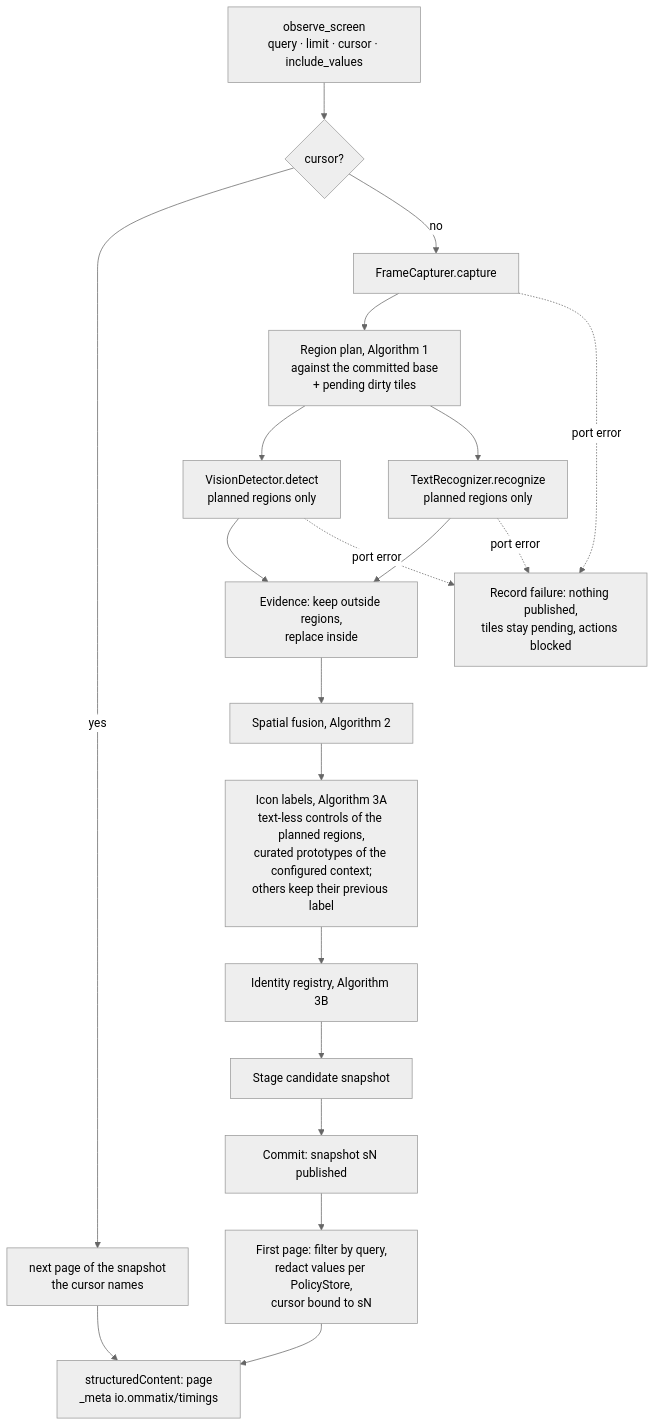
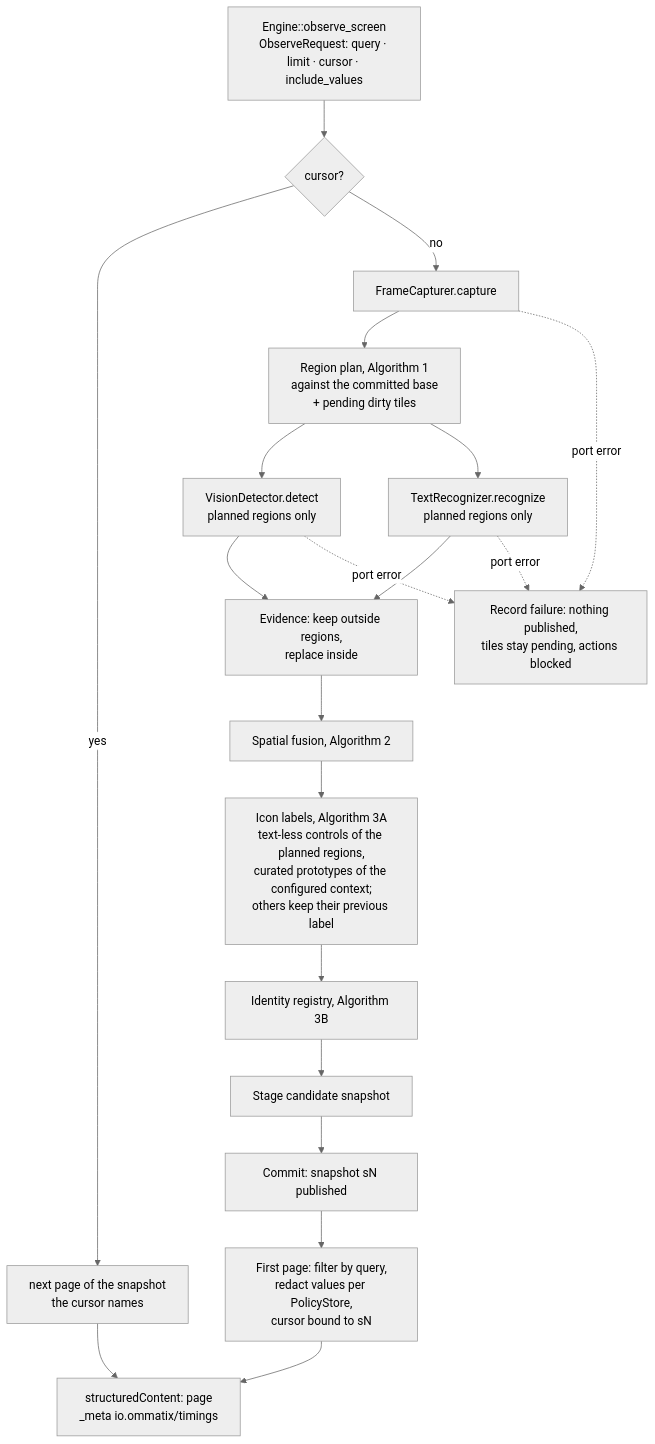
The first of 2 diagrams in docs/diagrams/engine.md (Yosoyepa/Ommatix), drawn with Mermaid (neutral theme) before and after one commit. The commit also changed 7 other files, not shown here.

````diff
--- a/docs/diagrams/engine.md
+++ b/docs/diagrams/engine.md
@@ -17,22 +17,22 @@
 ```mermaid
 flowchart TD
-  REQ[observe_screen<br/>query · limit · cursor · include_values] --> CUR{cursor?}
+  REQ[Engine::observe_screen<br/>ObserveRequest: query · limit · cursor · include_values] --> CUR{cursor?}
   CUR -->|yes| PAGE[next page of the snapshot<br/>the cursor names]
   CUR -->|no| CAP[FrameCapturer.capture]
   CAP --> PLAN[Region plan, Algorithm 1<br/>against the committed base<br/>+ pending dirty tiles]
   PLAN --> DET[VisionDetector.detect<br/>planned regions only]
   PLAN --> OCR[TextRecognizer.recognize<br/>planned regions only]
   DET --> EVI[Evidence: keep outside regions,<br/>replace inside]
   OCR --> EVI
   EVI --> FUS[Spatial fusion, Algorithm 2]
   FUS --> ICO[Icon labels, Algorithm 3A<br/>text-less controls of the planned regions,<br/>curated prototypes of the configured context;<br/>others keep their previous label]
   ICO --> REG[Identity registry, Algorithm 3B]
   REG --> STAGE[Stage candidate snapshot]
   STAGE --> COMMIT[Commit: snapshot sN published]
   COMMIT --> FIRST[First page: filter by query,<br/>redact values per PolicyStore,<br/>cursor bound to sN]
   CAP -. port error .-> FAIL[Record failure: nothing published,<br/>tiles stay pending, actions blocked]
   DET -. port error .-> FAIL
   OCR -. port error .-> FAIL
   FIRST --> OUT[structuredContent: page<br/>_meta io.ommatix/timings]
   PAGE --> OUT
 ```
````
